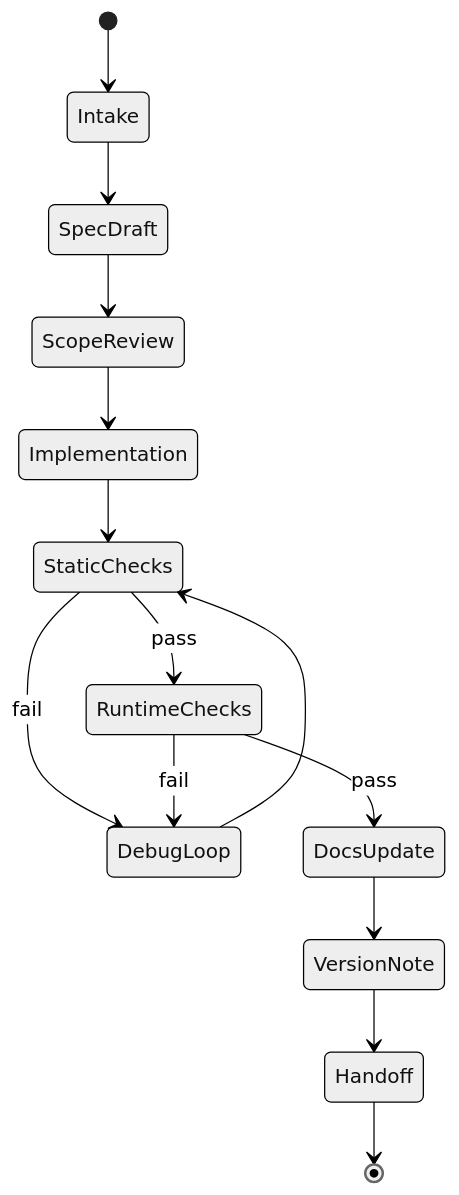
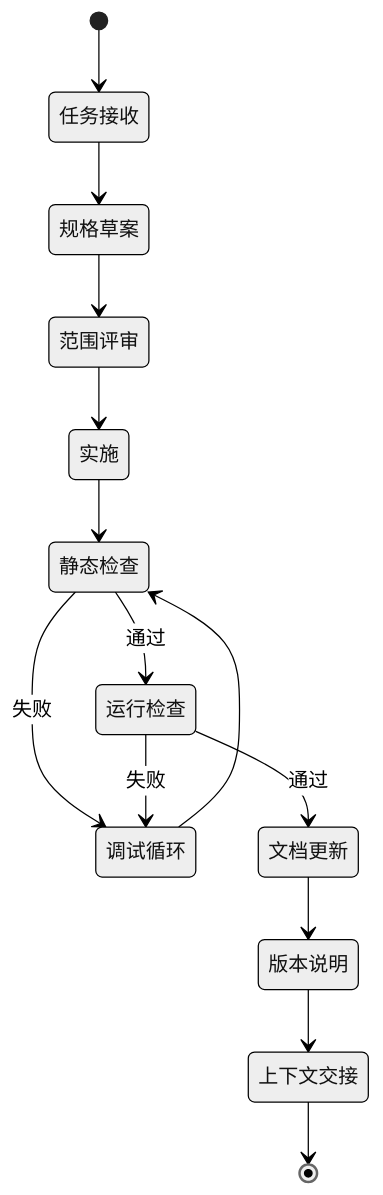
Before and after one commit to x-t001/sunshine-reading: the first of 2 diagrams in docs/spec-coding/07-auto-iteration-workflow-plan.md, drawn with Mermaid (neutral theme). The commit also changed other lines of this file and 34 other files, not shown here.

````diff
--- a/docs/spec-coding/07-auto-iteration-workflow-plan.md
+++ b/docs/spec-coding/07-auto-iteration-workflow-plan.md
@@ -29,16 +30,26 @@
 ```mermaid
 stateDiagram-v2
+  state "任务接收" as Intake
+  state "规格草案" as SpecDraft
+  state "范围评审" as ScopeReview
+  state "实施" as Implementation
+  state "静态检查" as StaticChecks
+  state "调试循环" as DebugLoop
+  state "运行检查" as RuntimeChecks
+  state "文档更新" as DocsUpdate
+  state "版本说明" as VersionNote
+  state "上下文交接" as Handoff
   [*] --> Intake
   Intake --> SpecDraft
   SpecDraft --> ScopeReview
   ScopeReview --> Implementation
   Implementation --> StaticChecks
-  StaticChecks --> DebugLoop: fail
+  StaticChecks --> DebugLoop: 失败
   DebugLoop --> StaticChecks
-  StaticChecks --> RuntimeChecks: pass
-  RuntimeChecks --> DebugLoop: fail
-  RuntimeChecks --> DocsUpdate: pass
+  StaticChecks --> RuntimeChecks: 通过
+  RuntimeChecks --> DebugLoop: 失败
+  RuntimeChecks --> DocsUpdate: 通过
   DocsUpdate --> VersionNote
   VersionNote --> Handoff
   Handoff --> [*]
 ```
````
